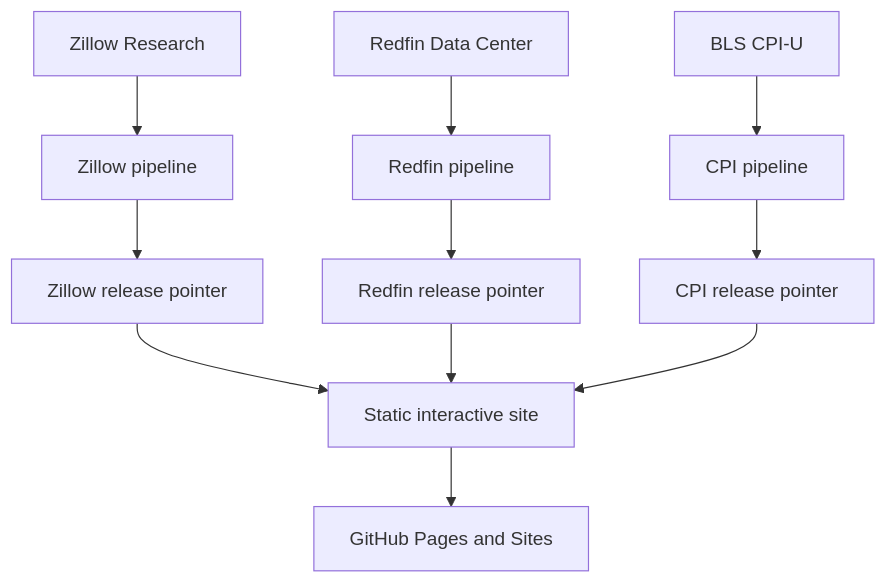
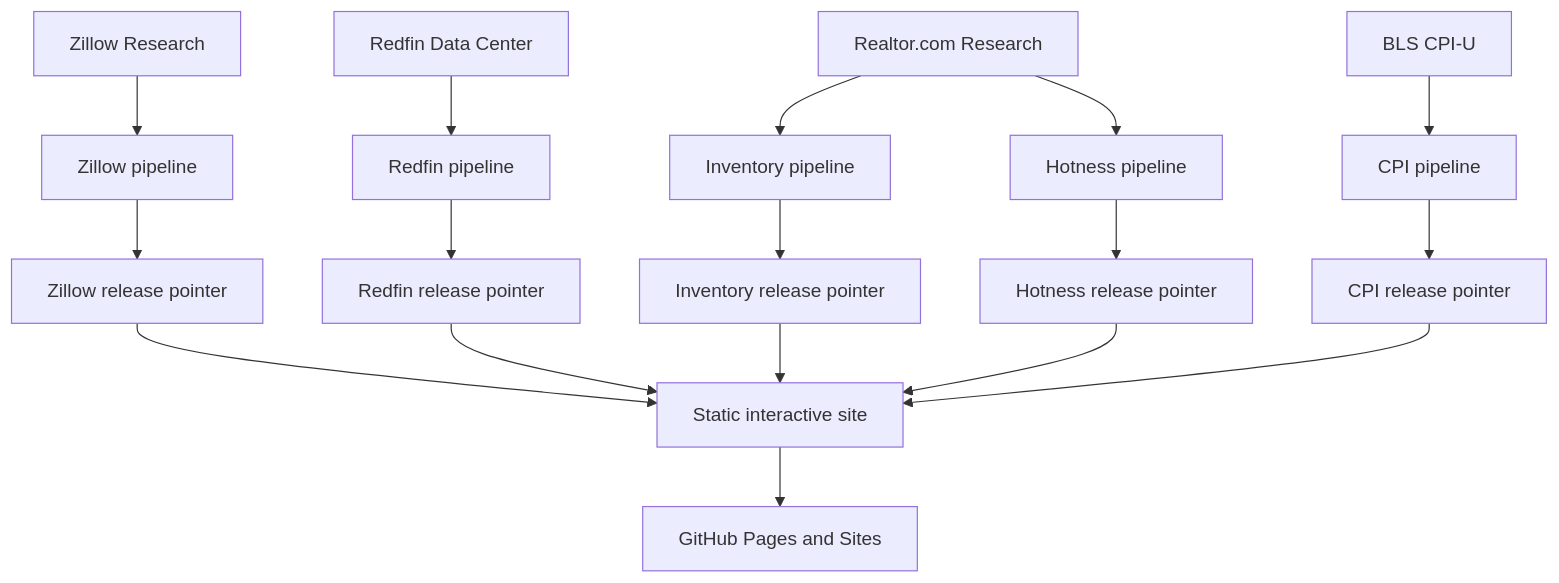
One commit to desenlin/housing-market-lab changed the diagram in README.md. Above: the diagram before and after it, drawn with Mermaid. The commit also changed other lines of this file and 16 other files, not shown here.

Commit message:
feat: add Realtor.com ZIP inventory and hotness

````diff
--- a/README.md
+++ b/README.md
@@ -42,13 +44,19 @@
 ```mermaid
 flowchart TD
   A[Zillow Research] --> C[Zillow pipeline]
   B[Redfin Data Center] --> D[Redfin pipeline]
+  L[Realtor.com Research] --> M[Inventory pipeline]
+  L --> N[Hotness pipeline]
   I[BLS CPI-U] --> J[CPI pipeline]
   C --> E[Zillow release pointer]
   D --> F[Redfin release pointer]
+  M --> O[Inventory release pointer]
+  N --> P[Hotness release pointer]
   J --> K[CPI release pointer]
   E --> G[Static interactive site]
   F --> G
+  O --> G
+  P --> G
   K --> G
   G --> H[GitHub Pages and Sites]
 ```
````
